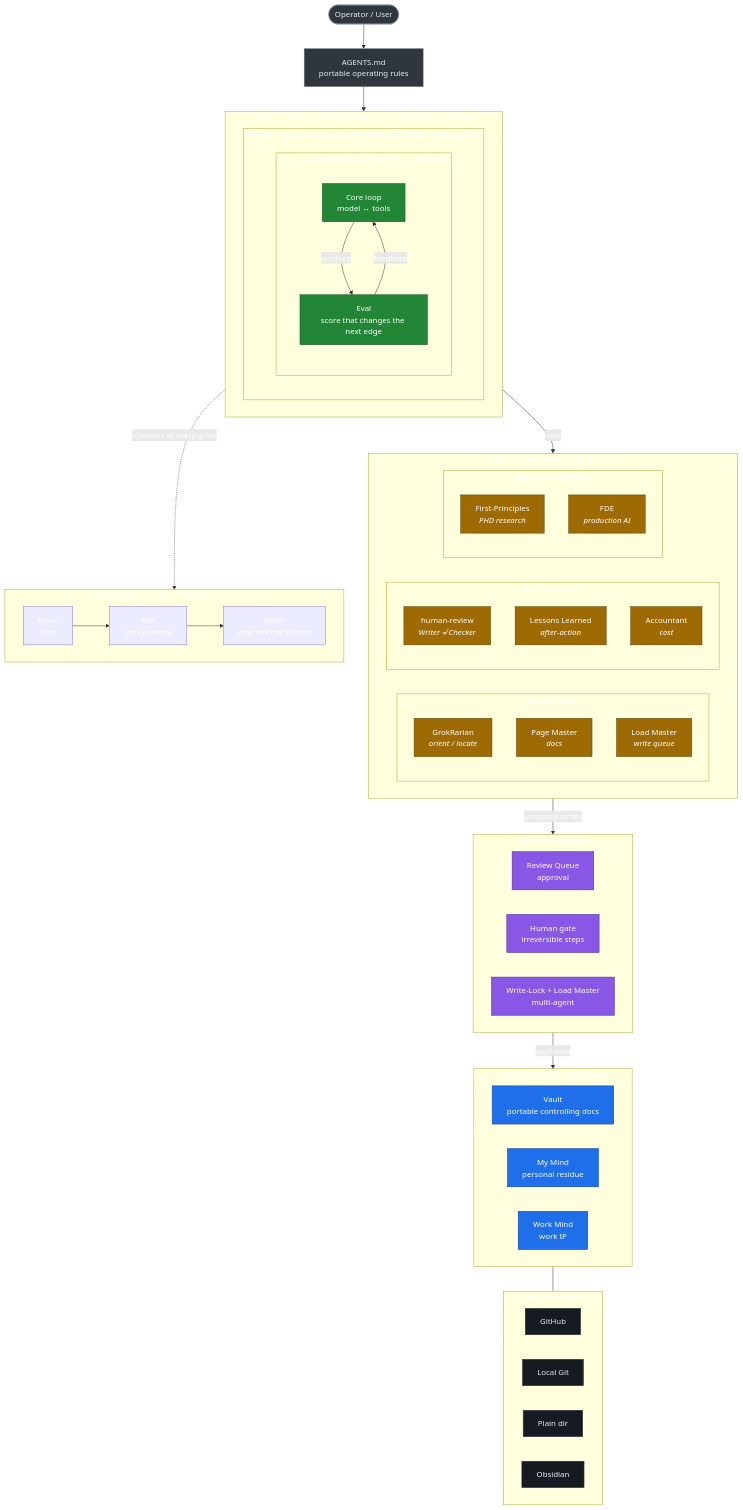
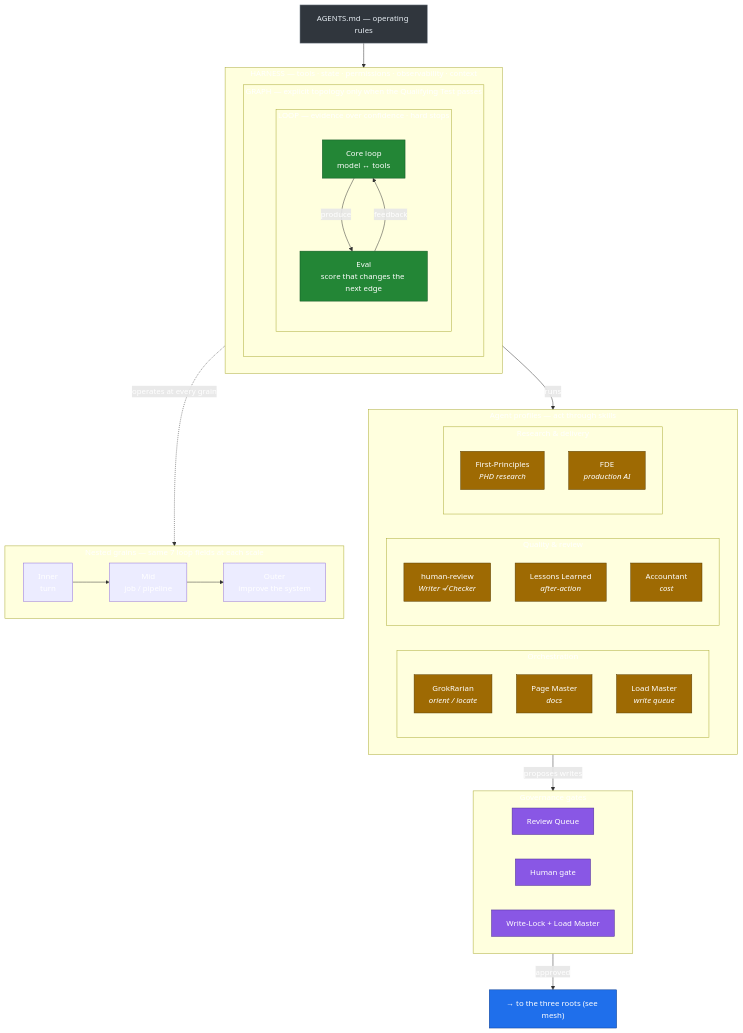
Before and after one commit to kniffinjjr/AI-Mind-Portable: the second of 3 diagrams in Drafts/AI-Mind-Architecture-and-Data-Charts.md, drawn with Mermaid. The commit also changed other lines of this file, not shown here.

First line of the commit message:
Rework charts into one meshed system view + two zooms

````diff
--- a/Drafts/AI-Mind-Architecture-and-Data-Charts.md
+++ b/Drafts/AI-Mind-Architecture-and-Data-Charts.md
@@ -96,79 +88,62 @@
 ```mermaid
 flowchart TB
   classDef human fill:#30363d,color:#e6edf3,stroke:#8b949e;
   classDef core fill:#238636,color:#ffffff,stroke:#0f5323;
   classDef agent fill:#9e6a03,color:#ffffff,stroke:#5a3d02;
   classDef gate fill:#8957e5,color:#ffffff,stroke:#4b2c91;
   classDef root fill:#1f6feb,color:#ffffff,stroke:#0b3d91;
-  classDef back fill:#161b22,color:#e6edf3,stroke:#30363d;
 
-  USER(["Operator / User"]):::human
-  AGENTS["AGENTS.md<br/>portable operating rules"]:::human
-  USER --> AGENTS
+  AGENTS["AGENTS.md — operating rules"]:::human
 
   subgraph HARNESS["HARNESS — tools · state · permissions · observability · context"]
     subgraph GRAPH["GRAPH — explicit topology only when the Qualifying Test passes"]
       subgraph LOOP["LOOP — evidence over confidence · hard stops"]
         CORE["Core loop<br/>model ↔ tools"]:::core
         EVAL["Eval<br/>score that changes the next edge"]:::core
         CORE -->|produce| EVAL
         EVAL -->|feedback| CORE
       end
     end
   end
   AGENTS --> HARNESS
 
   subgraph PROFILES["Agent profiles — act through skills"]
     direction LR
     subgraph ORCH["Orchestration"]
       direction TB
       LIB["GrokRarian<br/><i>orient / locate</i>"]:::agent
       PM["Page Master<br/><i>docs</i>"]:::agent
       LM["Load Master<br/><i>write queue</i>"]:::agent
     end
     subgraph QUAL["Quality &amp; review"]
       direction TB
       HR["human-review<br/><i>Writer ≠ Checker</i>"]:::agent
       LL["Lessons Learned<br/><i>after-action</i>"]:::agent
       AC["Accountant<br/><i>cost</i>"]:::agent
     end
     subgraph DEL["Research &amp; delivery"]
       direction TB
       FP["First-Principles<br/><i>PHD research</i>"]:::agent
       FDE["FDE<br/><i>production AI</i>"]:::agent
     end
   end
 
   subgraph GATES["Governance gates"]
     direction LR
-    RQ["Review Queue<br/>approval"]:::gate
-    HG["Human gate<br/>irreversible steps"]:::gate
-    WL["Write-Lock + Load Master<br/>multi-agent"]:::gate
+    RQ["Review Queue"]:::gate
+    HG["Human gate"]:::gate
+    WL["Write-Lock + Load Master"]:::gate
   end
 
-  subgraph ROOTS["Data substrate — three roots"]
-    direction LR
-    VAULT["Vault<br/>portable controlling docs"]:::root
-    MYM["My Mind<br/>personal residue"]:::root
-    WORKM["Work Mind<br/>work IP"]:::root
-  end
-
-  subgraph BACK["Backends — tool-agnostic"]
-    direction LR
-    B1["GitHub"]:::back
-    B2["Local Git"]:::back
-    B3["Plain dir"]:::back
-    B4["Obsidian"]:::back
-  end
+  ROOTS2["→ to the three roots (see mesh)"]:::root
 
   HARNESS -->|runs| PROFILES
   PROFILES -->|proposes writes| GATES
-  GATES -->|approved| ROOTS
-  ROOTS --- BACK
+  GATES -->|approved| ROOTS2
 
   subgraph GRAINS["Nested grains — same 7 loop fields at each scale"]
     direction LR
     INNER["Inner<br/>turn"] --> MIDG["Mid<br/>job / pipeline"] --> OUTER["Outer<br/>improve the system"]
   end
   HARNESS -.->|operates at every grain| GRAINS
 ```
````
